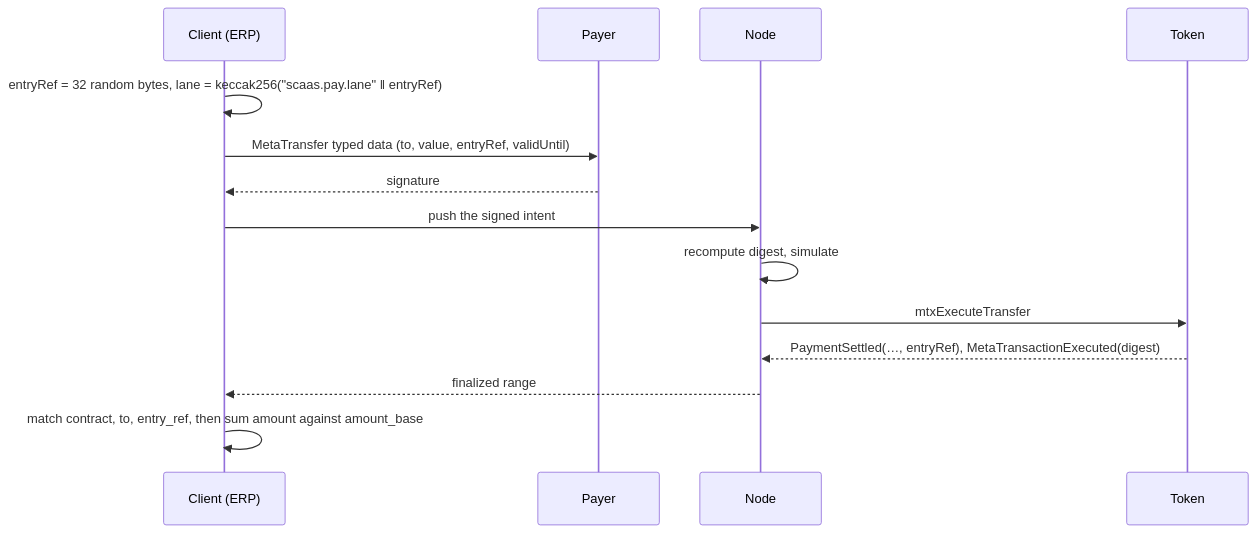
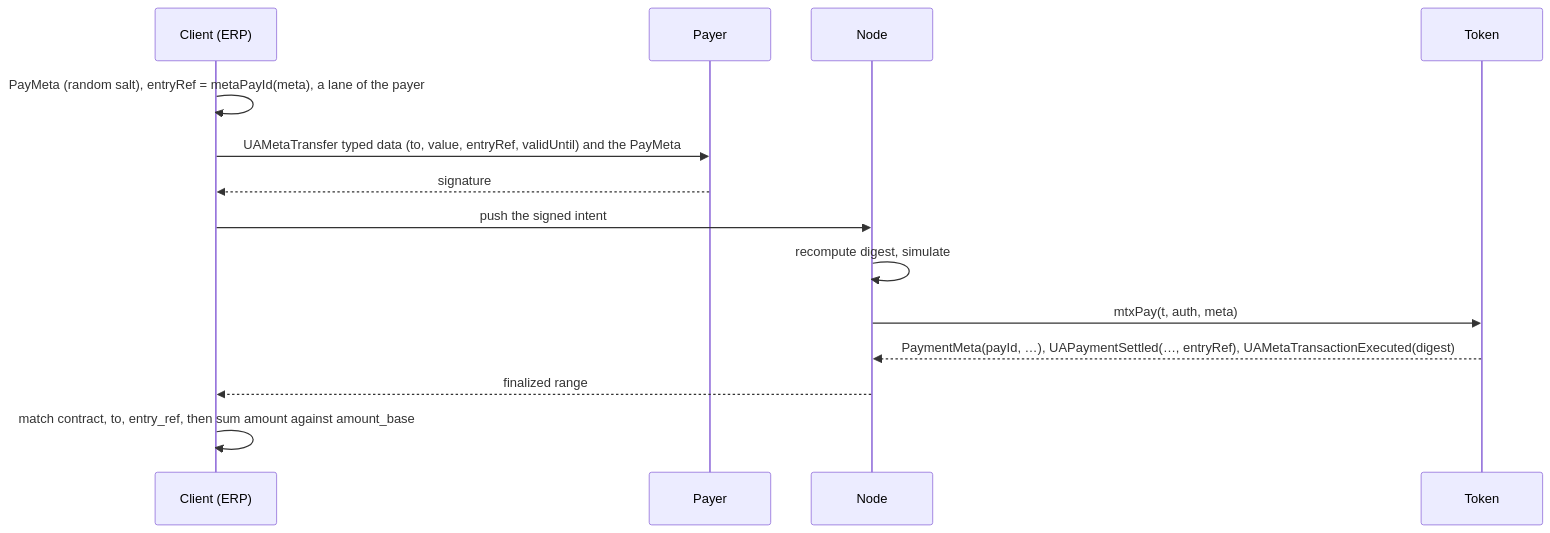
Before and after one commit to dinhduongha/scaas: the second of 3 diagrams in docs/contracts/metatx.md, drawn with Mermaid. The commit also changed other lines of this file and 7 other files, not shown here.

First line of the commit message:
ua-mtx-merge T19: pay meta and tax (3e) docs, PT-1..PT-7

````diff
--- a/docs/contracts/metatx.md
+++ b/docs/contracts/metatx.md
@@ -622,16 +622,16 @@
 ```mermaid
 sequenceDiagram
     participant E as Client (ERP)
     participant P as Payer
     participant N as Node
     participant T as Token
-    E->>E: entryRef = 32 random bytes, lane = keccak256("scaas.pay.lane" ‖ entryRef)
-    E->>P: MetaTransfer typed data (to, value, entryRef, validUntil)
+    E->>E: PayMeta (random salt), entryRef = metaPayId(meta), a lane of the payer
+    E->>P: UAMetaTransfer typed data (to, value, entryRef, validUntil) and the PayMeta
     P-->>E: signature
     E->>N: push the signed intent
     N->>N: recompute digest, simulate
-    N->>T: mtxExecuteTransfer
-    T-->>N: PaymentSettled(…, entryRef), MetaTransactionExecuted(digest)
+    N->>T: mtxPay(t, auth, meta)
+    T-->>N: PaymentMeta(payId, …), UAPaymentSettled(…, entryRef), UAMetaTransactionExecuted(digest)
     N-->>E: finalized range
     E->>E: match contract, to, entry_ref, then sum amount against amount_base
 ```
````
